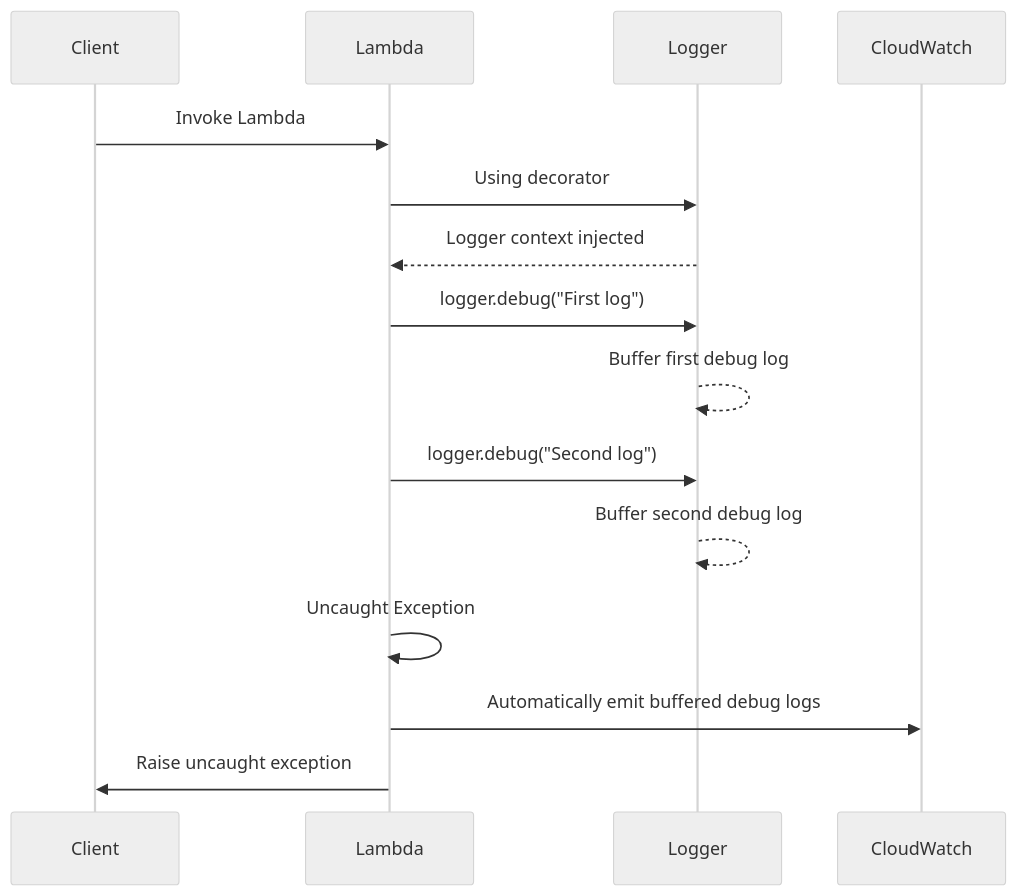
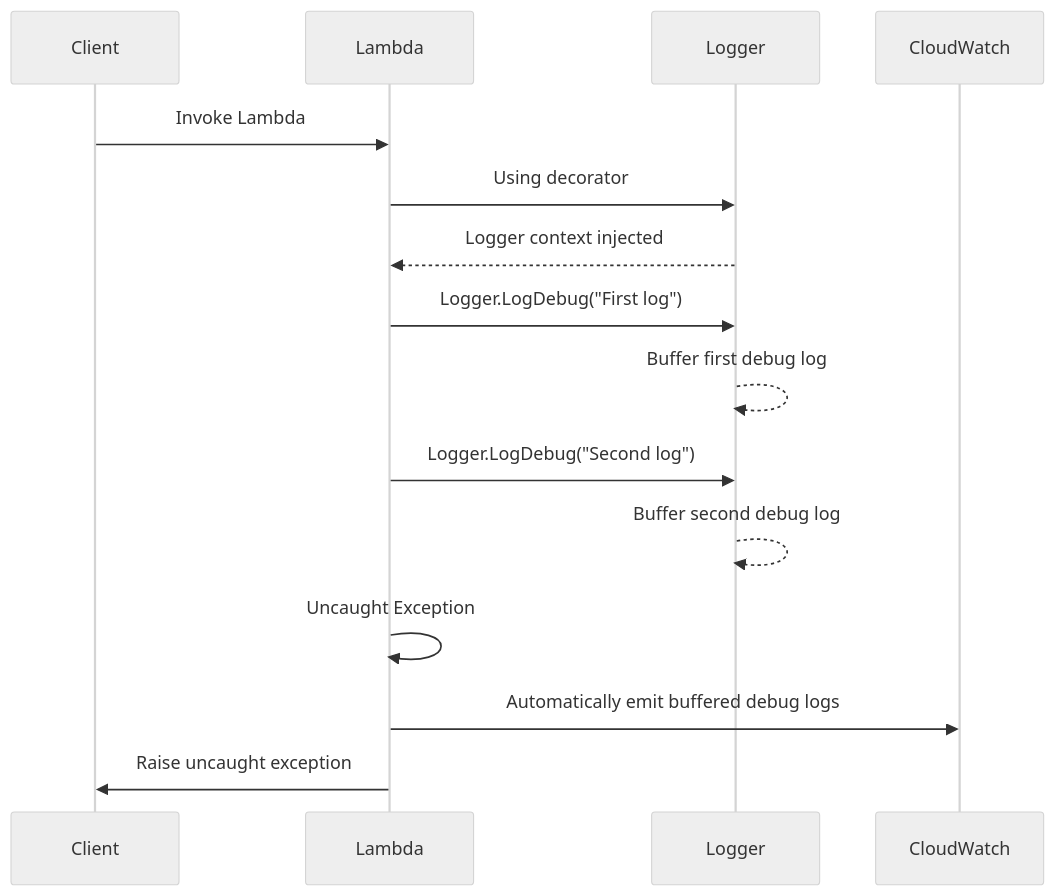
The fourth of 4 diagrams in docs/core/logging-v2.md (aws-powertools/powertools-lambda-dotnet), drawn with Mermaid (neutral theme) before and after one commit. The commit also changed other lines of this file and 11 other files, not shown here.

````diff
--- a/docs/core/logging-v2.md
+++ b/docs/core/logging-v2.md
@@ -1254,17 +1254,17 @@
 ```mermaid
 sequenceDiagram
     participant Client
     participant Lambda
     participant Logger
     participant CloudWatch
     Client->>Lambda: Invoke Lambda
     Lambda->>Logger: Using decorator
     Logger-->>Lambda: Logger context injected
-    Lambda->>Logger: logger.debug("First log")
+    Lambda->>Logger: Logger.LogDebug("First log")
     Logger-->>Logger: Buffer first debug log
-    Lambda->>Logger: logger.debug("Second log")
+    Lambda->>Logger: Logger.LogDebug("Second log")
     Logger-->>Logger: Buffer second debug log
     Lambda->>Lambda: Uncaught Exception
     Lambda->>CloudWatch: Automatically emit buffered debug logs
     Lambda->>Client: Raise uncaught exception
 ```
````
